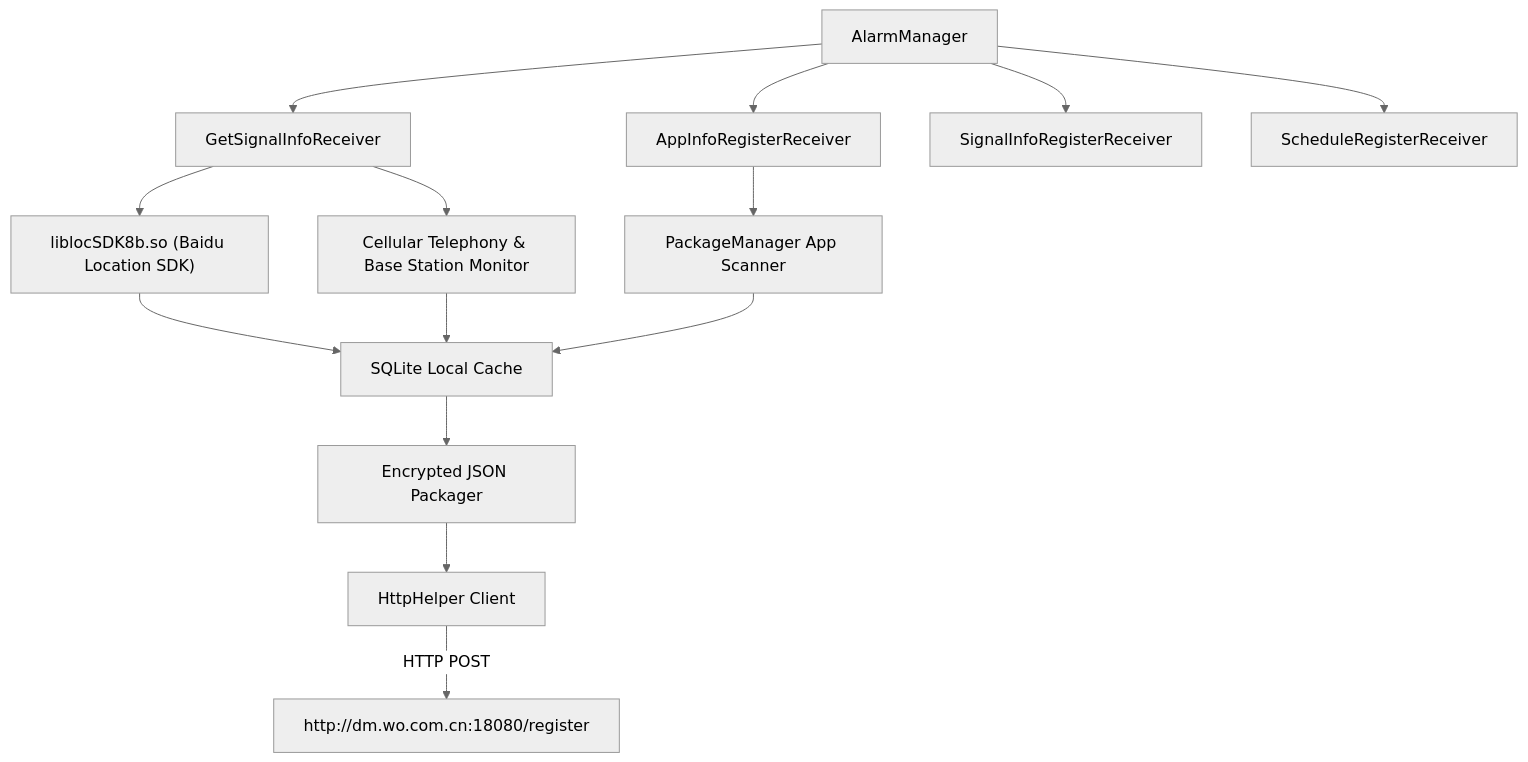
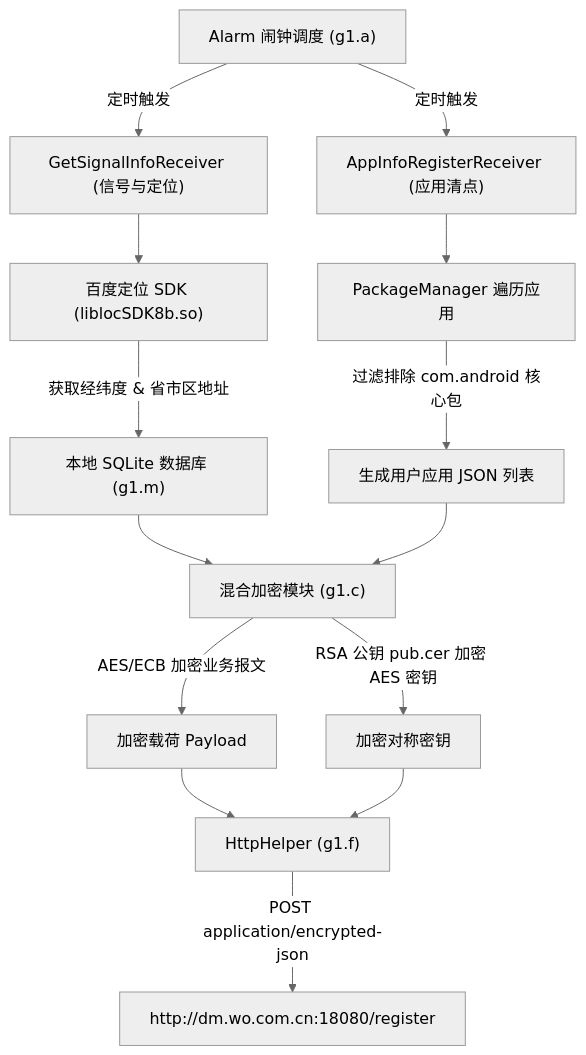
The diagram in docs/systemhelper-deepdive.md (finas/hyperos-telemetry-audit), drawn with Mermaid (neutral theme) before and after one commit. The commit also changed other lines of this file and 1 other file, not shown here.

````diff
--- a/docs/systemhelper-deepdive.md
+++ b/docs/systemhelper-deepdive.md
@@ -21,16 +23,18 @@
 ```mermaid
 flowchart TD
-    A["AlarmManager"] --> B["GetSignalInfoReceiver"]
-    A --> C["AppInfoRegisterReceiver"]
-    A --> D["SignalInfoRegisterReceiver"]
-    A --> E["ScheduleRegisterReceiver"]
+    A["Alarm 闹钟调度 (g1.a)"] -->|定时触发| B["GetSignalInfoReceiver (信号与定位)"]
+    A -->|定时触发| C["AppInfoRegisterReceiver (应用清点)"]
     
-    B --> F["liblocSDK8b.so (Baidu Location SDK)"]
-    B --> G["Cellular Telephony & Base Station Monitor"]
-    C --> H["PackageManager App Scanner"]
+    B --> D["百度定位 SDK (liblocSDK8b.so)"]
+    D -->|获取经纬度 & 省市区地址| E["本地 SQLite 数据库 (g1.m)"]
     
-    F & G & H --> I["SQLite Local Cache"]
-    I --> J["Encrypted JSON Packager"]
-    J --> K["HttpHelper Client"]
-    K -->|HTTP POST| L["http://dm.wo.com.cn:18080/register"]
+    C --> F["PackageManager 遍历应用"]
+    F -->|过滤排除 com.android 核心包| G["生成用户应用 JSON 列表"]
+    
+    E & G --> H["混合加密模块 (g1.c)"]
+    H -->|AES/ECB 加密业务报文| I["加密载荷 Payload"]
+    H -->|RSA 公钥 pub.cer 加密 AES 密钥| J["加密对称密钥"]
+    
+    I & J --> K["HttpHelper (g1.f)"]
+    K -->|POST application/encrypted-json| L["http://dm.wo.com.cn:18080/register"]
 ```
````
